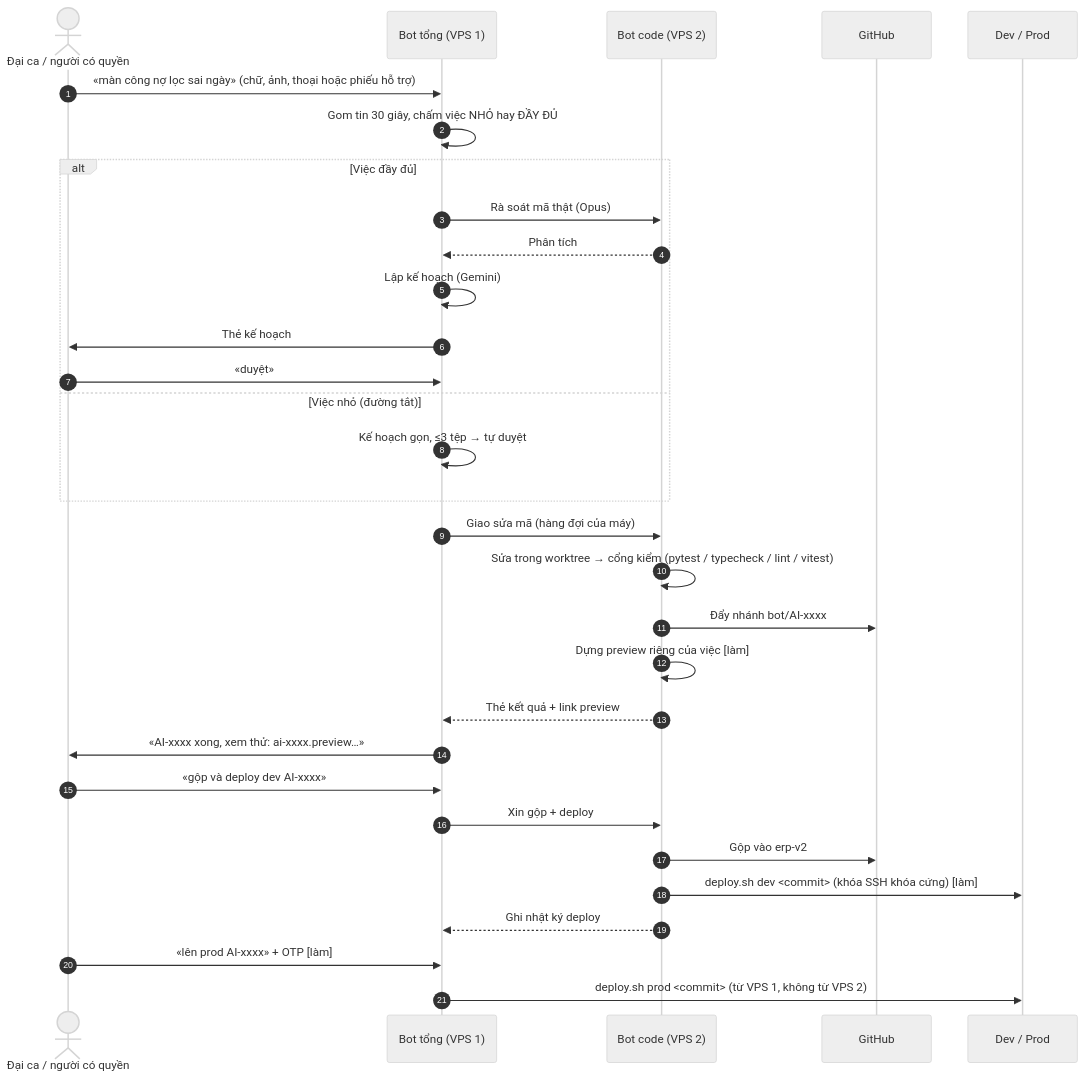
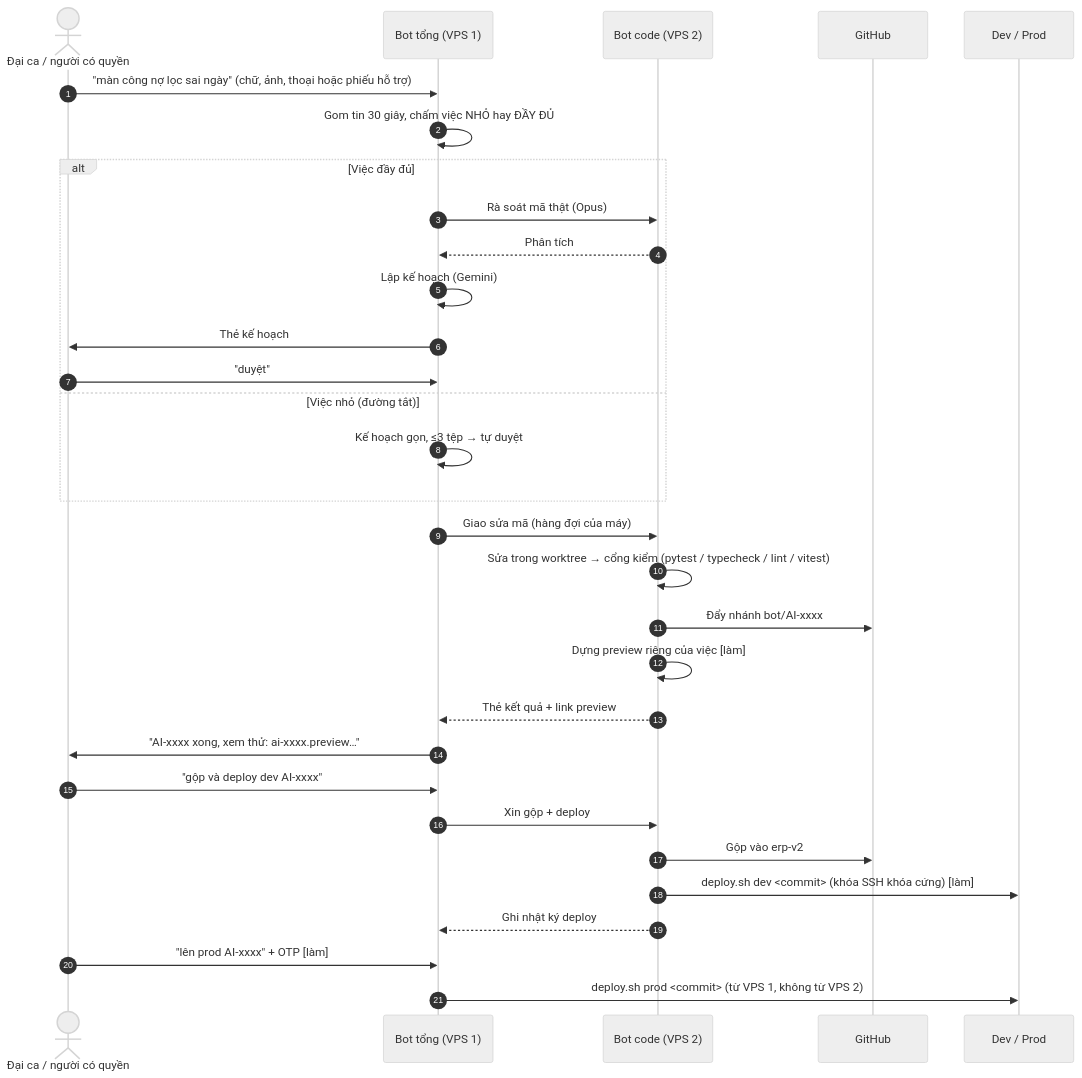
One commit to giabaohb99/procurement-tool changed the third of 3 diagrams in doc/agent-hub/07-quy-trinh-va-so-do.md. Above: the diagram before and after it, drawn with Mermaid (neutral theme). The commit also changed other lines of this file and 535 other files, not shown here.

````diff
--- a/doc/agent-hub/07-quy-trinh-va-so-do.md
+++ b/doc/agent-hub/07-quy-trinh-va-so-do.md
@@ -114,34 +114,34 @@
 ```mermaid
 sequenceDiagram
     autonumber
     actor DC as Đại ca / người có quyền
     participant B1 as Bot tổng (VPS 1)
     participant B2 as Bot code (VPS 2)
     participant GH as GitHub
     participant ENV as Dev / Prod
 
-    DC->>B1: «màn công nợ lọc sai ngày» (chữ, ảnh, thoại hoặc phiếu hỗ trợ)
+    DC->>B1: "màn công nợ lọc sai ngày" (chữ, ảnh, thoại hoặc phiếu hỗ trợ)
     B1->>B1: Gom tin 30 giây, chấm việc NHỎ hay ĐẦY ĐỦ
     alt Việc đầy đủ
         B1->>B2: Rà soát mã thật (Opus)
         B2-->>B1: Phân tích
         B1->>B1: Lập kế hoạch (Gemini)
         B1->>DC: Thẻ kế hoạch
-        DC->>B1: «duyệt»
+        DC->>B1: "duyệt"
     else Việc nhỏ (đường tắt)
         B1->>B1: Kế hoạch gọn, ≤3 tệp → tự duyệt
     end
     B1->>B2: Giao sửa mã (hàng đợi của máy)
     B2->>B2: Sửa trong worktree → cổng kiểm (pytest / typecheck / lint / vitest)
     B2->>GH: Đẩy nhánh bot/AI-xxxx
     B2->>B2: Dựng preview riêng của việc [làm]
     B2-->>B1: Thẻ kết quả + link preview
-    B1->>DC: «AI-xxxx xong, xem thử: ai-xxxx.preview…»
-    DC->>B1: «gộp và deploy dev AI-xxxx»
+    B1->>DC: "AI-xxxx xong, xem thử: ai-xxxx.preview…"
+    DC->>B1: "gộp và deploy dev AI-xxxx"
     B1->>B2: Xin gộp + deploy
     B2->>GH: Gộp vào erp-v2
     B2->>ENV: deploy.sh dev <commit> (khóa SSH khóa cứng) [làm]
     B2-->>B1: Ghi nhật ký deploy
-    DC->>B1: «lên prod AI-xxxx» + OTP [làm]
+    DC->>B1: "lên prod AI-xxxx" + OTP [làm]
     B1->>ENV: deploy.sh prod <commit> (từ VPS 1, không từ VPS 2)
 ```
````
